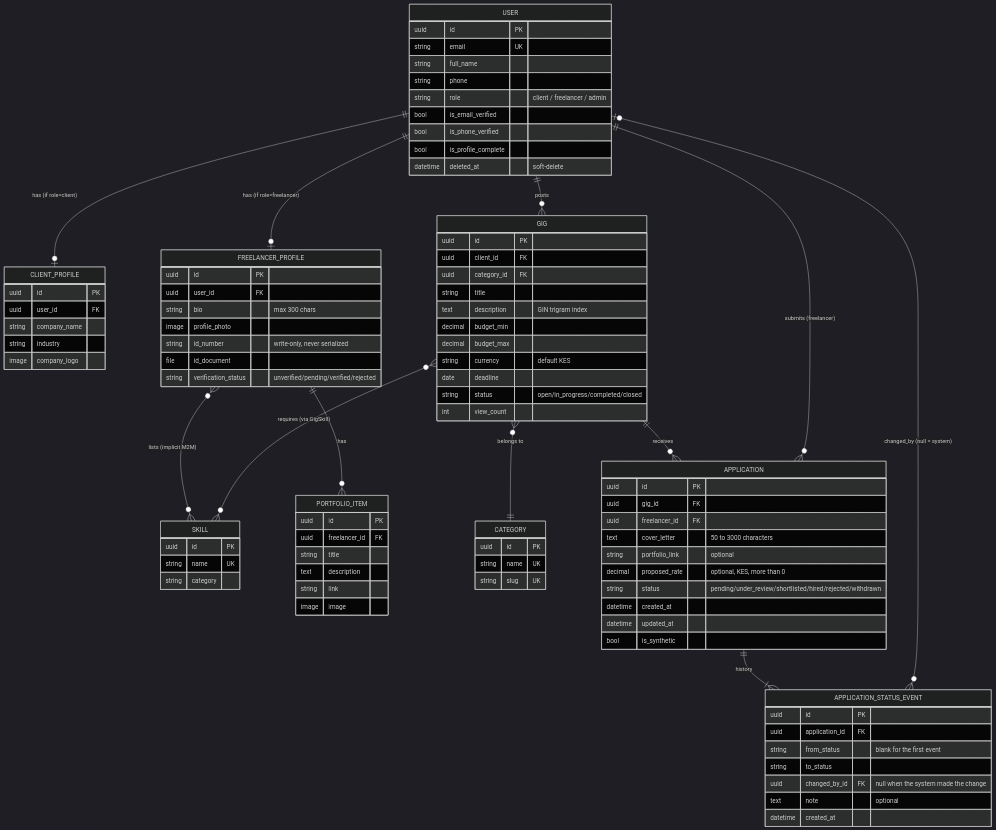
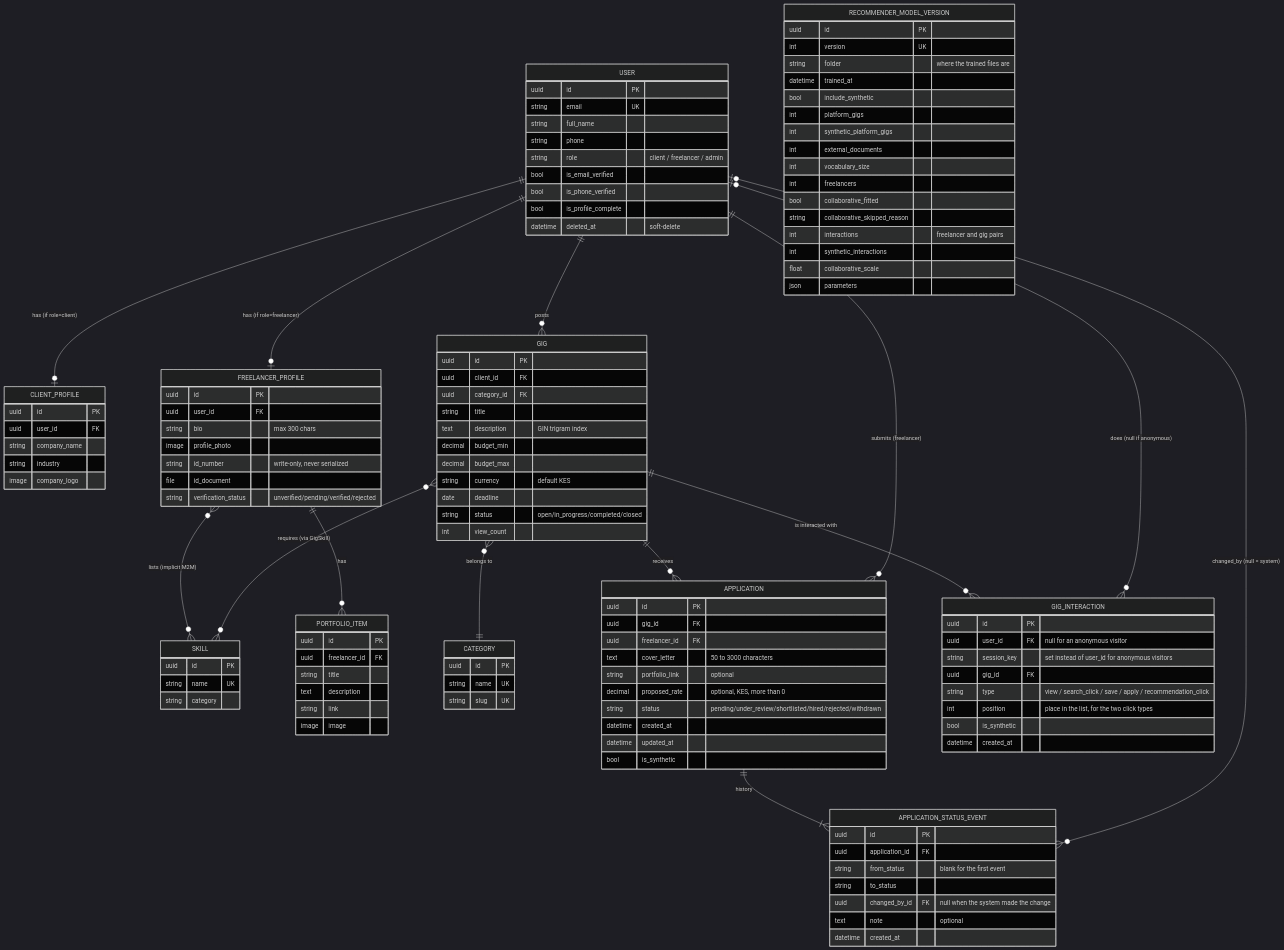
One commit to SIMPLICIOUSWACH/gigconnect changed the diagram in docs/erd.md. Above: the diagram before and after it, drawn with Mermaid (dark theme). The commit also changed other lines of this file and 1 other file, not shown here.

Commit message:
Document the recommendations API and tables

````diff
--- a/docs/erd.md
+++ b/docs/erd.md
@@ -106,4 +106,37 @@
         text note "optional"
         datetime created_at
     }
+
+    GIG_INTERACTION {
+        uuid id PK
+        uuid user_id FK "null for an anonymous visitor"
+        string session_key "set instead of user_id for anonymous visitors"
+        uuid gig_id FK
+        string type "view / search_click / save / apply / recommendation_click"
+        int position "place in the list, for the two click types"
+        bool is_synthetic
+        datetime created_at
+    }
+
+    RECOMMENDER_MODEL_VERSION {
+        uuid id PK
+        int version UK
+        string folder "where the trained files are"
+        datetime trained_at
+        bool include_synthetic
+        int platform_gigs
+        int synthetic_platform_gigs
+        int external_documents
+        int vocabulary_size
+        int freelancers
+        bool collaborative_fitted
+        string collaborative_skipped_reason
+        int interactions "freelancer and gig pairs"
+        int synthetic_interactions
+        float collaborative_scale
+        json parameters
+    }
+
+    GIG ||--o{ GIG_INTERACTION : "is interacted with"
+    USER |o--o{ GIG_INTERACTION : "does (null if anonymous)"
 ```
````
